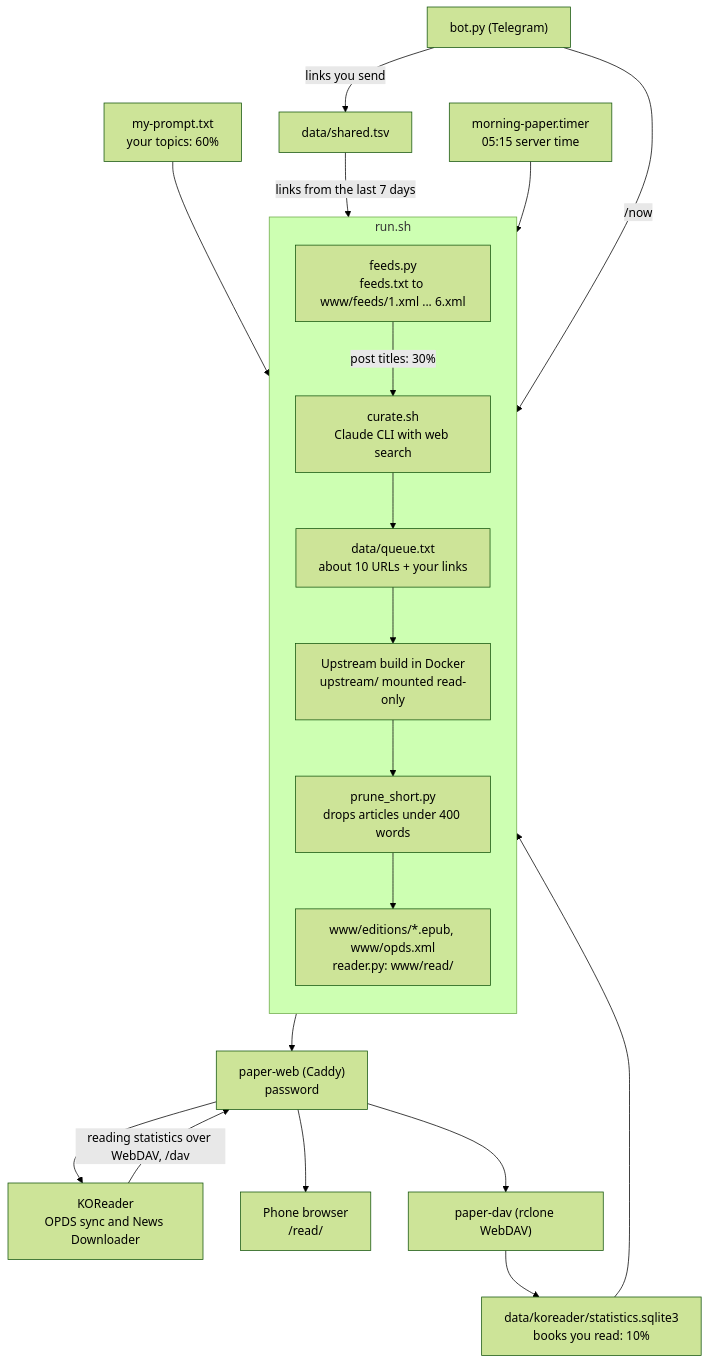
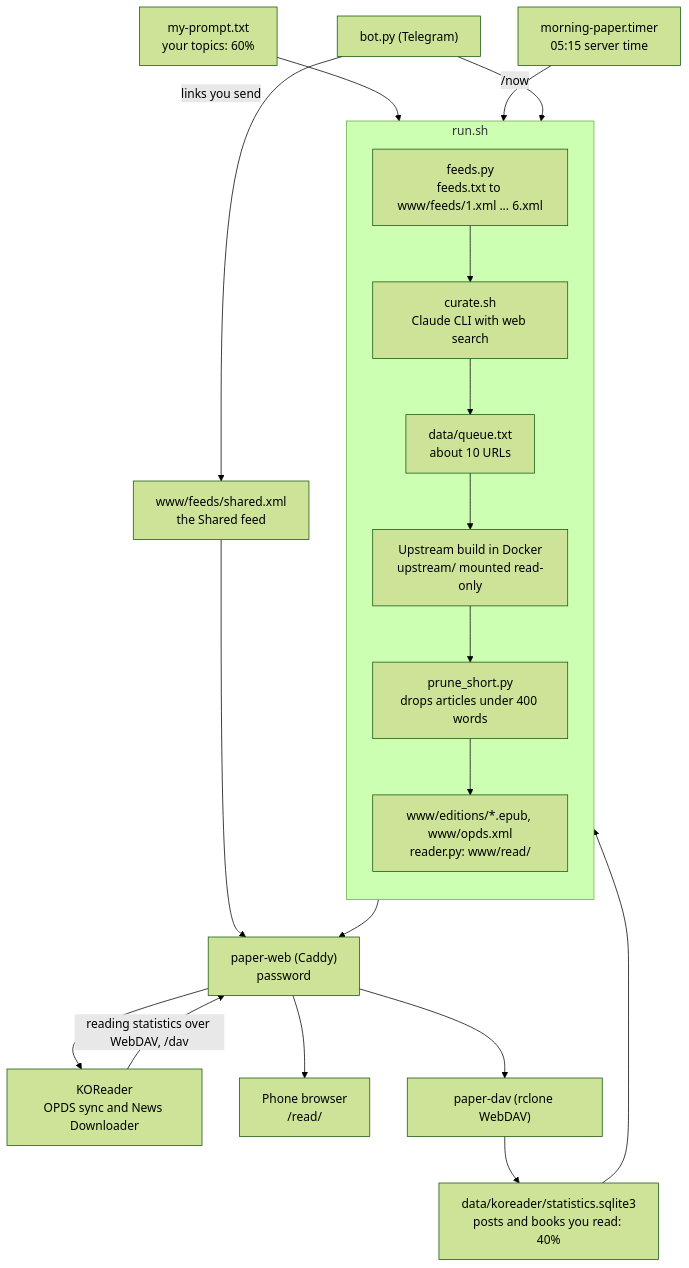
The first of 2 diagrams in README.md (haziqhilmismail/morning-paper), drawn with Mermaid (forest theme) before and after one commit. The commit also changed other lines of this file and 4 other files, not shown here.

First line of the commit message:
Send shared links to a Shared feed and curate from reading only

````diff
--- a/README.md
+++ b/README.md
@@ -15,27 +15,27 @@
 ```mermaid
 flowchart TD
 	timer["morning-paper.timer<br/>05:15 server time"] --> run
 	bot["bot.py (Telegram)"] -- "/now" --> run
-	bot -- "links you send" --> shared["data/shared.tsv"]
+	bot -- "links you send" --> shared["www/feeds/shared.xml<br/>the Shared feed"]
 
 	subgraph run["run.sh"]
 		direction TB
 		feedspy["feeds.py<br/>feeds.txt to www/feeds/1.xml ... 6.xml"]
 		curate["curate.sh<br/>Claude CLI with web search"]
-		queue["data/queue.txt<br/>about 10 URLs + your links"]
+		queue["data/queue.txt<br/>about 10 URLs"]
 		build["Upstream build in Docker<br/>upstream/ mounted read-only"]
 		prune["prune_short.py<br/>drops articles under 400 words"]
 		publish["www/editions/*.epub, www/opds.xml<br/>reader.py: www/read/"]
-		feedspy -- "post titles: 30%" --> curate --> queue --> build --> prune --> publish
+		feedspy --> curate --> queue --> build --> prune --> publish
 	end
 
 	prompt["my-prompt.txt<br/>your topics: 60%"] --> curate
-	stats["data/koreader/statistics.sqlite3<br/>books you read: 10%"] --> curate
-	shared -- "links from the last 7 days" --> queue
+	stats["data/koreader/statistics.sqlite3<br/>posts and books you read: 40%"] --> curate
+	shared --> web
 
 	publish --> web["paper-web (Caddy)<br/>password"]
 	web --> koreader["KOReader<br/>OPDS sync and News Downloader"]
 	web --> phone["Phone browser<br/>/read/"]
 	koreader -- "reading statistics over WebDAV, /dav" --> web
 	web --> dav["paper-dav (rclone WebDAV)"] --> stats
 ```
````
